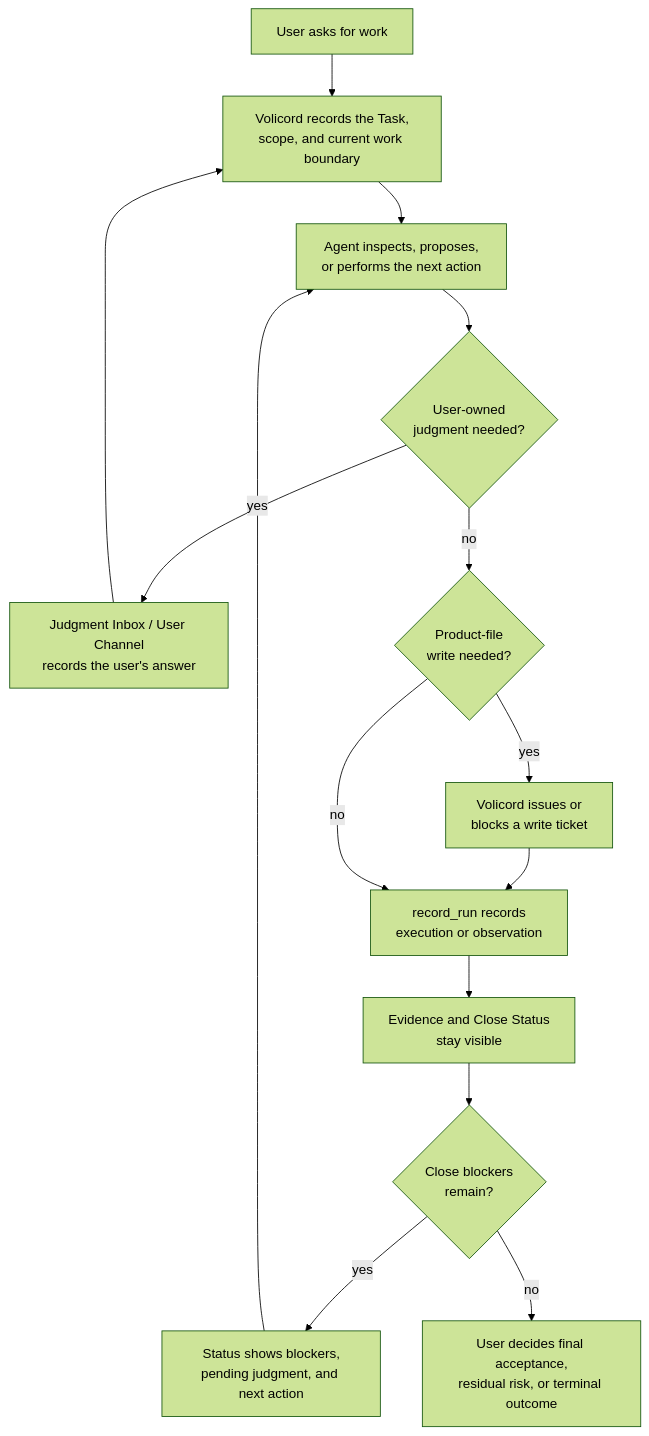
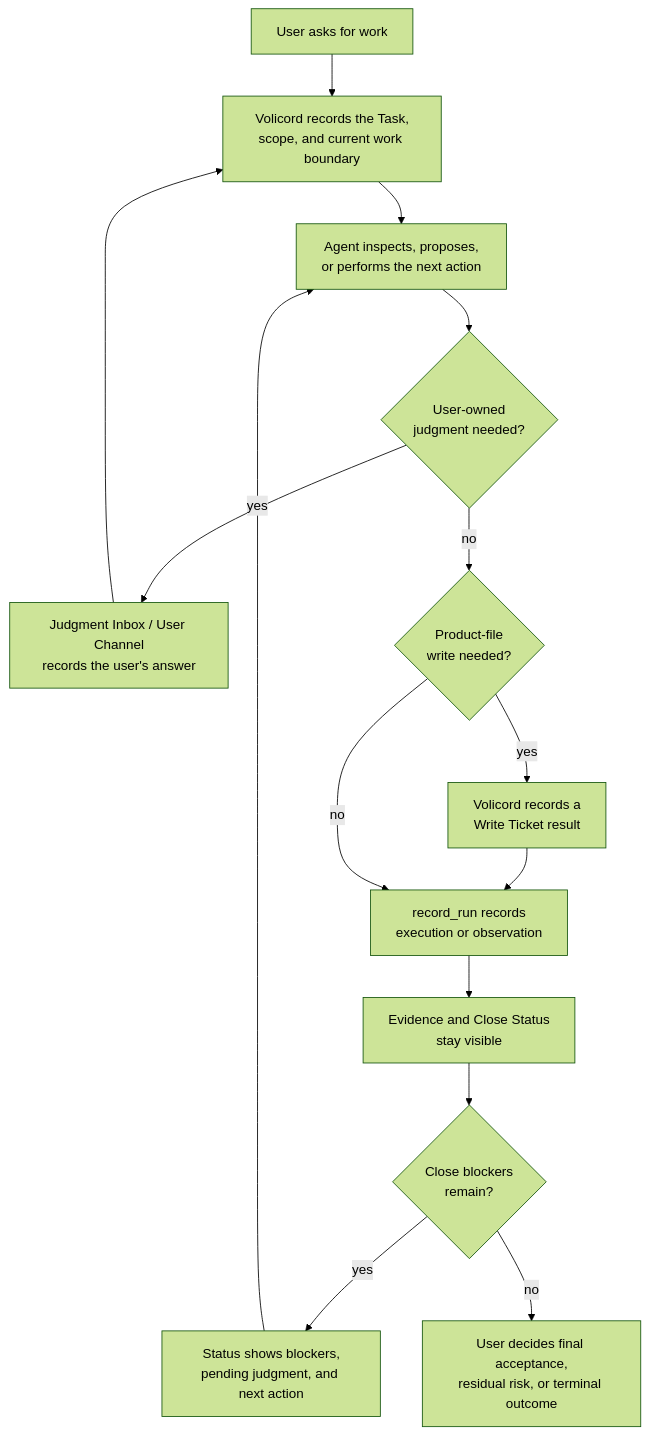
One commit to minjungw00/Volicord changed the second of 2 diagrams in README.md. Above: the diagram before and after it, drawn with Mermaid (forest theme). The commit also changed other lines of this file and 33 other files, not shown here.

````diff
--- a/README.md
+++ b/README.md
@@ -91,24 +91,24 @@
 ```mermaid
 flowchart TD
   request["User asks for work"]
   task["Volicord records the Task,<br/>scope, and current work boundary"]
   agent["Agent inspects, proposes,<br/>or performs the next action"]
   judgment{"User-owned<br/>judgment needed?"}
   inbox["Judgment Inbox / User Channel<br/>records the user's answer"]
   write{"Product-file<br/>write needed?"}
-  ticket["Volicord issues or<br/>blocks a write ticket"]
+  ticket["Volicord records a<br/>Write Ticket result"]
   run["record_run records<br/>execution or observation"]
   evidence["Evidence and Close Status<br/>stay visible"]
   close{"Close blockers<br/>remain?"}
   status["Status shows blockers,<br/>pending judgment, and next action"]
   finish["User decides final acceptance,<br/>residual risk, or terminal outcome"]
 
   request --> task --> agent --> judgment
   judgment -- yes --> inbox --> task
   judgment -- no --> write
   write -- yes --> ticket --> run
   write -- no --> run
   run --> evidence --> close
   close -- yes --> status --> agent
   close -- no --> finish
 ```
````
